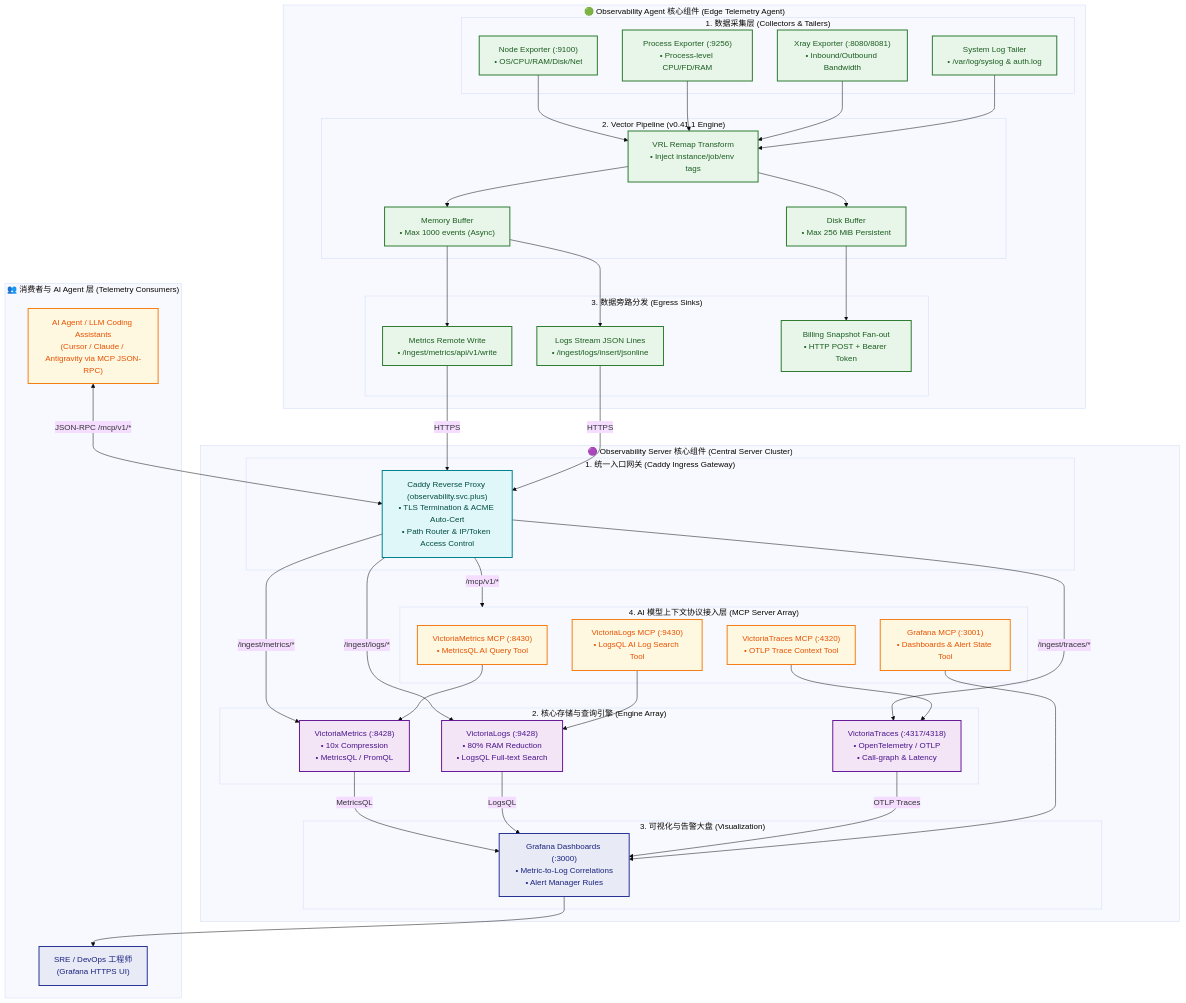
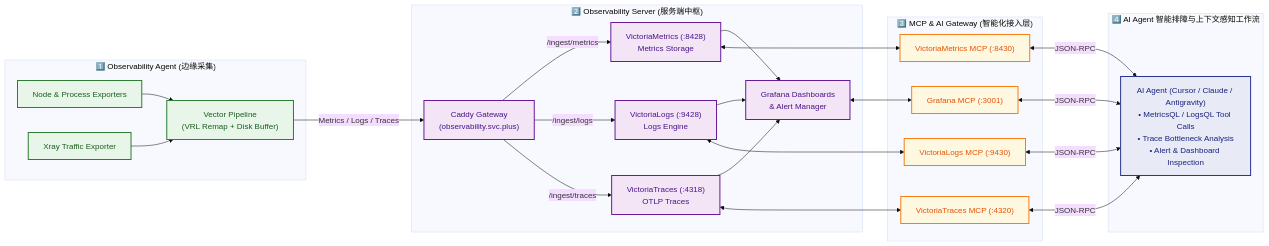
The diagram in content/03-observability/observability-server-core.zh.md (Cloud-Neutral-Workshop/knowledge), drawn with Mermaid (base theme) before and after one commit. The commit also changed other lines of this file and 27 other files, not shown here.

````diff
--- a/content/03-observability/observability-server-core.zh.md
+++ b/content/03-observability/observability-server-core.zh.md
@@ -146,93 +146,52 @@
 ```mermaid
-flowchart TD
+flowchart LR
     classDef agentStyle fill:#e8f5e9,stroke:#2e7d32,stroke-width:2px,color:#1b5e20;
-    classDef ingressStyle fill:#e0f7fa,stroke:#00838f,stroke-width:2px,color:#004d40;
     classDef serverStyle fill:#f3e5f5,stroke:#6a1b9a,stroke-width:2px,color:#4a148c;
     classDef mcpStyle fill:#fff8e1,stroke:#f57f17,stroke-width:2px,color:#e65100;
-    classDef uiStyle fill:#e8eaf6,stroke:#283593,stroke-width:2px,color:#1a237e;
+    classDef aiStyle fill:#e8eaf6,stroke:#283593,stroke-width:2px,color:#1a237e;
 
-    subgraph SECTION_AGENT ["🟢 Observability Agent 核心组件 (Edge Telemetry Agent)"]
-        subgraph AG_COLLECT ["1. 数据采集层 (Collectors & Tailers)"]
-            EX_NODE["Node Exporter (:9100)<br>• OS/CPU/RAM/Disk/Net"]:::agentStyle
-            EX_PROC["Process Exporter (:9256)<br>• Process-level CPU/FD/RAM"]:::agentStyle
-            EX_XRAY["Xray Exporter (:8080/8081)<br>• Inbound/Outbound Bandwidth"]:::agentStyle
-            EX_LOGS["System Log Tailer<br>• /var/log/syslog & auth.log"]:::agentStyle
-        end
-
-        subgraph AG_PIPELINE ["2. Vector Pipeline (v0.41.1 Engine)"]
-            V_REMAP["VRL Remap Transform<br>• Inject instance/job/env tags"]:::agentStyle
-            V_BUF_MEM["Memory Buffer<br>• Max 1000 events (Async)"]:::agentStyle
-            V_BUF_DISK["Disk Buffer<br>• Max 256 MiB Persistent"]:::agentStyle
-        end
-
-        subgraph AG_EGRESS ["3. 数据旁路分发 (Egress Sinks)"]
-            SINK_METRICS["Metrics Remote Write<br>• /ingest/metrics/api/v1/write"]:::agentStyle
-            SINK_LOGS["Logs Stream JSON Lines<br>• /ingest/logs/insert/jsonline"]:::agentStyle
-            SINK_BILLING["Billing Snapshot Fan-out<br>• HTTP POST + Bearer Token"]:::agentStyle
-        end
+    subgraph STEP1 ["1️⃣ Observability Agent (边缘采集)"]
+        EX_NODE["Node & Process Exporters"]:::agentStyle
+        EX_XRAY["Xray Traffic Exporter"]:::agentStyle
+        V_PIPE["Vector Pipeline<br>(VRL Remap + Disk Buffer)"]:::agentStyle
+        EX_NODE --> V_PIPE
+        EX_XRAY --> V_PIPE
     end
 
-    subgraph SECTION_SERVER ["🟣 Observability Server 核心组件 (Central Server Cluster)"]
-        subgraph GATEWAY ["1. 统一入口网关 (Caddy Ingress Gateway)"]
-            CADDY["Caddy Reverse Proxy (observability.svc.plus)<br>• TLS Termination & ACME Auto-Cert<br>• Path Router & IP/Token Access Control"]:::ingressStyle
-        end
-
-        subgraph ENGINES ["2. 核心存储与查询引擎 (Engine Array)"]
-            VM["VictoriaMetrics (:8428)<br>• 10x Compression<br>• MetricsQL / PromQL"]:::serverStyle
-            VL["VictoriaLogs (:9428)<br>• 80% RAM Reduction<br>• LogsQL Full-text Search"]:::serverStyle
-            VT["VictoriaTraces (:4317/4318)<br>• OpenTelemetry / OTLP<br>• Call-graph & Latency"]:::serverStyle
-        end
-
-        subgraph VISUAL ["3. 可视化与告警大盘 (Visualization)"]
-            GRAFANA["Grafana Dashboards (:3000)<br>• Metric-to-Log Correlations<br>• Alert Manager Rules"]:::uiStyle
-        end
-
-        subgraph MCP_ARRAY ["4. AI 模型上下文协议接入层 (MCP Server Array)"]
-            MCP_VM["VictoriaMetrics MCP (:8430)<br>• MetricsQL AI Query Tool"]:::mcpStyle
-            MCP_VL["VictoriaLogs MCP (:9430)<br>• LogsQL AI Log Search Tool"]:::mcpStyle
-            MCP_VT["VictoriaTraces MCP (:4320)<br>• OTLP Trace Context Tool"]:::mcpStyle
-            MCP_GF["Grafana MCP (:3001)<br>• Dashboards & Alert State Tool"]:::mcpStyle
-        end
+    subgraph STEP2 ["2️⃣ Observability Server (服务端中枢)"]
+        CADDY["Caddy Gateway<br>(observability.svc.plus)"]:::serverStyle
+        VM["VictoriaMetrics (:8428)<br>Metrics Storage"]:::serverStyle
+        VL["VictoriaLogs (:9428)<br>Logs Engine"]:::serverStyle
+        VT["VictoriaTraces (:4318)<br>OTLP Traces"]:::serverStyle
+        GRAFANA["Grafana Dashboards<br>& Alert Manager"]:::serverStyle
+        
+        CADDY -->|/ingest/metrics| VM
+        CADDY -->|/ingest/logs| VL
+        CADDY -->|/ingest/traces| VT
+        VM --> GRAFANA
+        VL --> GRAFANA
+        VT --> GRAFANA
     end
 
-    subgraph CONSUMERS ["👥 消费者与 AI Agent 层 (Telemetry Consumers)"]
-        SRE["SRE / DevOps 工程师<br>(Grafana HTTPS UI)"]:::uiStyle
-        AI_AGENT["AI Agent / LLM Coding Assistants<br>(Cursor / Claude / Antigravity via MCP JSON-RPC)"]:::mcpStyle
+    subgraph STEP3 ["3️⃣ MCP & AI Gateway (智能化接入层)"]
+        MCP_VM["VictoriaMetrics MCP (:8430)"]:::mcpStyle
+        MCP_VL["VictoriaLogs MCP (:9430)"]:::mcpStyle
+        MCP_VT["VictoriaTraces MCP (:4320)"]:::mcpStyle
+        MCP_GF["Grafana MCP (:3001)"]:::mcpStyle
+        
+        VM <--> MCP_VM
+        VL <--> MCP_VL
+        VT <--> MCP_VT
+        GRAFANA <--> MCP_GF
     end
 
-    %% Agent Flow
-    EX_NODE --> V_REMAP
-    EX_PROC --> V_REMAP
-    EX_XRAY --> V_REMAP
-    EX_LOGS --> V_REMAP
-    V_REMAP --> V_BUF_MEM
-    V_REMAP --> V_BUF_DISK
-    V_BUF_MEM --> SINK_METRICS
-    V_BUF_MEM --> SINK_LOGS
-    V_BUF_DISK --> SINK_BILLING
+    subgraph STEP4 ["4️⃣ AI Agent 智能排障与上下文感知工作流"]
+        AI_ASSISTANT["AI Agent (Cursor / Claude / Antigravity)<br>• MetricsQL / LogsQL Tool Calls<br>• Trace Bottleneck Analysis<br>• Alert & Dashboard Inspection"]:::aiStyle
+    end
 
-    %% Ingress Flow
-    SINK_METRICS -->|HTTPS| CADDY
-    SINK_LOGS -->|HTTPS| CADDY
-
-    %% Ingress to Engines
-    CADDY -->|/ingest/metrics/*| VM
-    CADDY -->|/ingest/logs/*| VL
-    CADDY -->|/ingest/traces/*| VT
-    CADDY -->|/mcp/v1/*| MCP_ARRAY
-
-    %% Engines to Visualization
-    VM -->|MetricsQL| GRAFANA
-    VL -->|LogsQL| GRAFANA
-    VT -->|OTLP Traces| GRAFANA
-
-    %% MCP to Engines
-    MCP_VM --> VM
-    MCP_VL --> VL
-    MCP_VT --> VT
-    MCP_GF --> GRAFANA
-
-    %% Consumers
-    GRAFANA --> SRE
-    AI_AGENT <-->|JSON-RPC /mcp/v1/*| CADDY
+    V_PIPE -->|Metrics / Logs / Traces| CADDY
+    MCP_VM <-->|JSON-RPC| AI_ASSISTANT
+    MCP_VL <-->|JSON-RPC| AI_ASSISTANT
+    MCP_VT <-->|JSON-RPC| AI_ASSISTANT
+    MCP_GF <-->|JSON-RPC| AI_ASSISTANT
 ```
````
